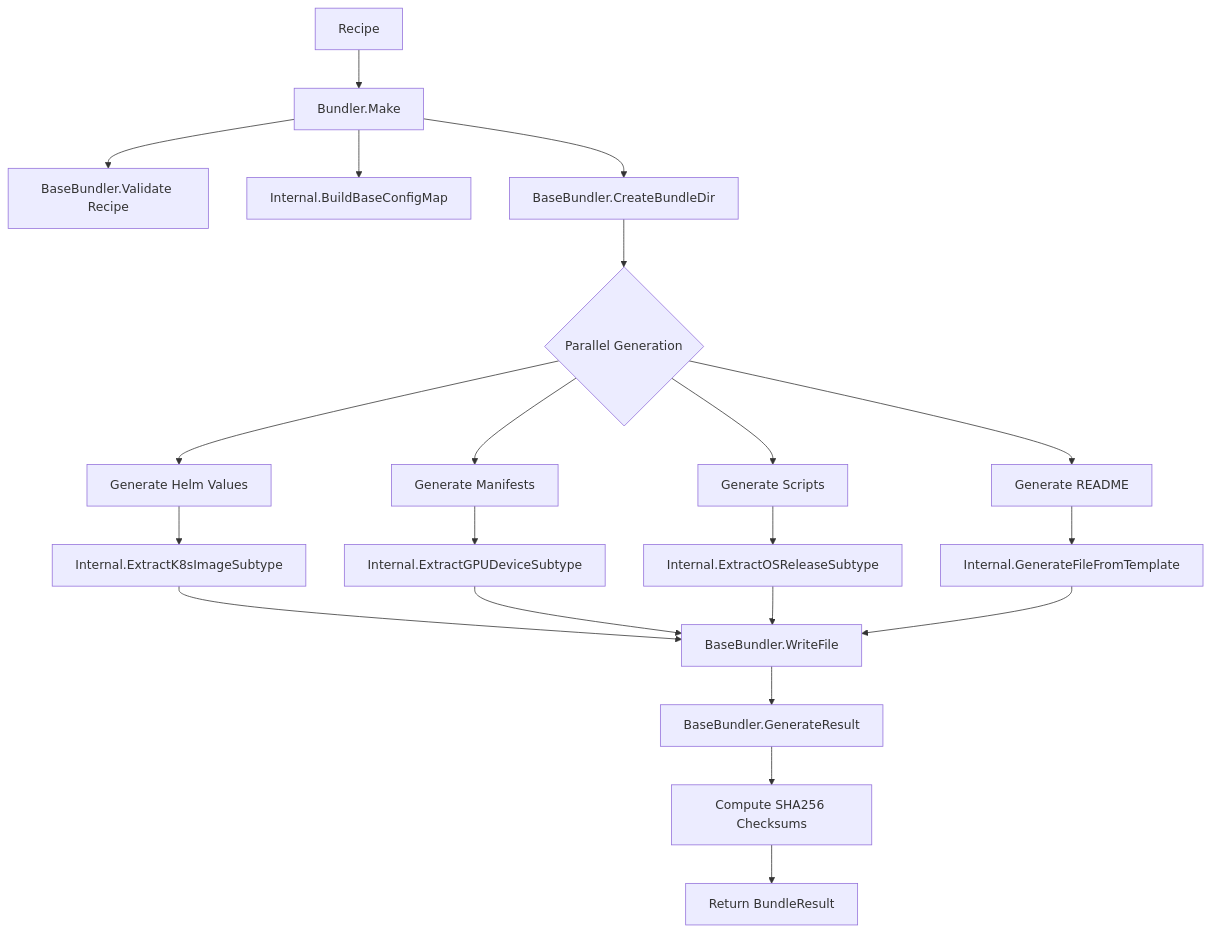
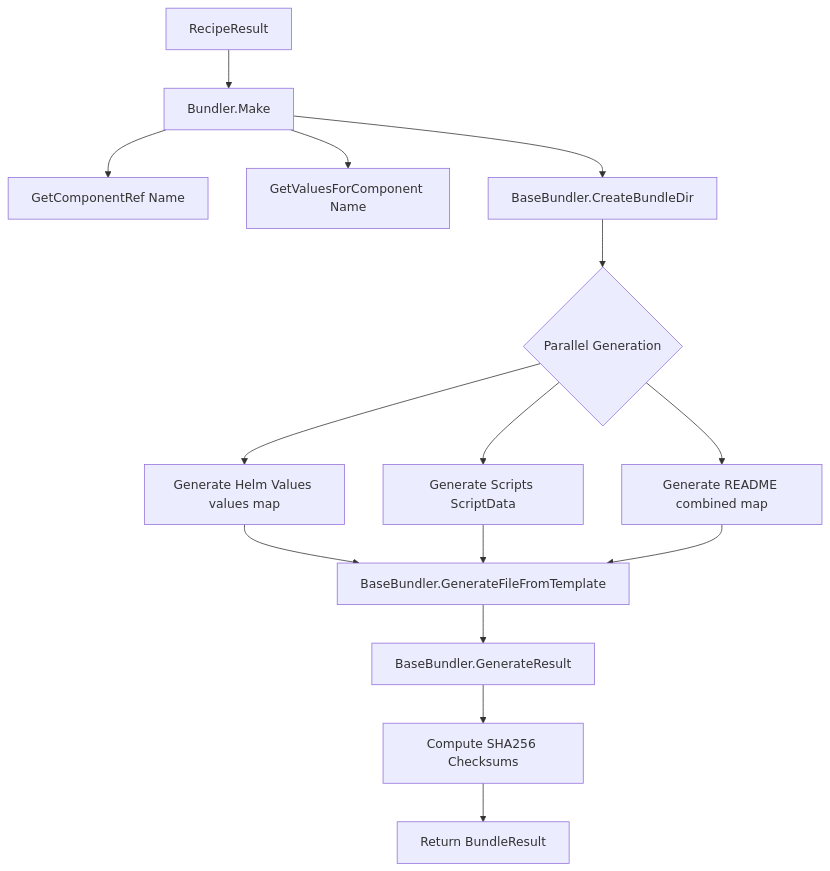
One commit to cullenmcdermott/cloud-native-stack changed diagram 12 of 13 in docs/architecture/README.md. Above: the diagram before and after it, drawn with Mermaid. The commit also changed other lines of this file and 44 other files, not shown here.

````diff
--- a/docs/architecture/README.md
+++ b/docs/architecture/README.md
@@ -651,29 +655,22 @@
 ```mermaid
 flowchart TD
-    A[Recipe] --> B[Bundler.Make]
+    A[RecipeResult] --> B[Bundler.Make]
     
-    B --> B1[BaseBundler.Validate Recipe]
-    B --> B2[Internal.BuildBaseConfigMap]
+    B --> B1[GetComponentRef Name]
+    B --> B2[GetValuesForComponent Name]
     B --> B3[BaseBundler.CreateBundleDir]
     
     B3 --> C{Parallel Generation}
     
-    C --> C1[Generate Helm Values]
-    C --> C2[Generate Manifests]
-    C --> C3[Generate Scripts]
-    C --> C4[Generate README]
+    C --> C1[Generate Helm Values values map]
+    C --> C2[Generate Scripts ScriptData]
+    C --> C3[Generate README combined map]
     
-    C1 --> D1[Internal.ExtractK8sImageSubtype]
-    C2 --> D2[Internal.ExtractGPUDeviceSubtype]
-    C3 --> D3[Internal.ExtractOSReleaseSubtype]
-    C4 --> D4[Internal.GenerateFileFromTemplate]
+    C1 --> D[BaseBundler.GenerateFileFromTemplate]
+    C2 --> D
+    C3 --> D
     
-    D1 --> E[BaseBundler.WriteFile]
-    D2 --> E
-    D3 --> E
-    D4 --> E
-    
-    E --> F[BaseBundler.GenerateResult]
-    F --> G[Compute SHA256 Checksums]
-    G --> H[Return BundleResult]
+    D --> E[BaseBundler.GenerateResult]
+    E --> F[Compute SHA256 Checksums]
+    F --> G[Return BundleResult]
 ```
````
